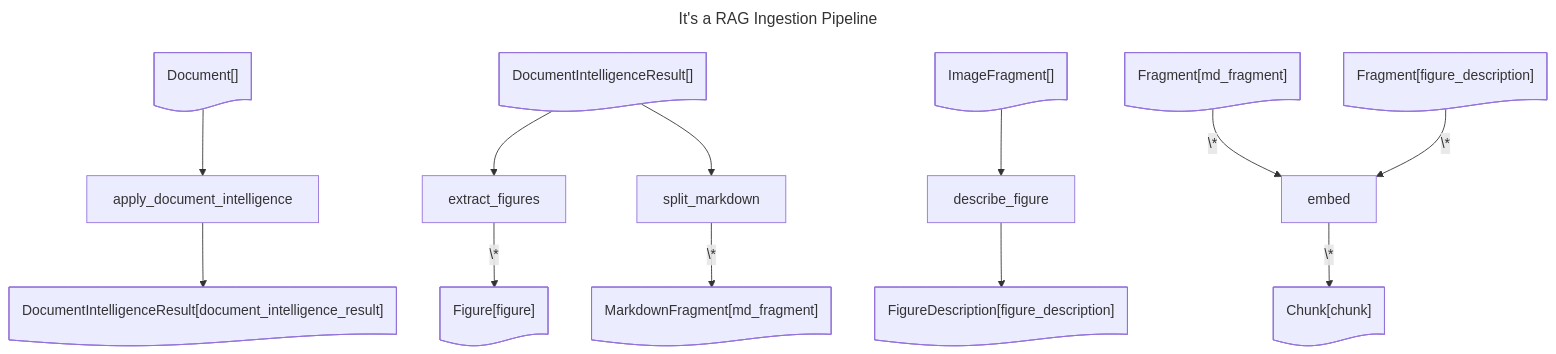
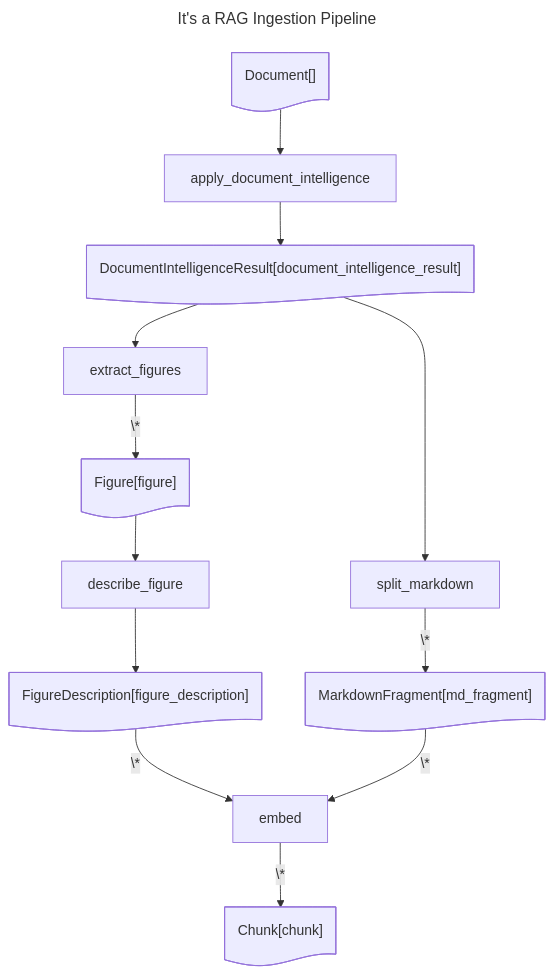
Before and after one commit to Azure-Samples/az-ai-catalyst: the diagram in examples/itsarag.md, drawn with Mermaid. The commit also changed 10 other files, not shown here.

Commit message:
Refactored mermaid diagram generation

````diff
--- a/examples/itsarag.md
+++ b/examples/itsarag.md
@@ -1,32 +1,36 @@
 ```mermaid
 ---
 title: It's a RAG Ingestion Pipeline
 ---
 flowchart TD
-    Document_@{ shape: doc, label: "Document[]" }
+    Document@{ shape: doc, label: "Document[]" }
+
+    apply_document_intelligence@{ shape: rect, label: "apply_document_intelligence" }
+    extract_figures@{ shape: rect, label: "extract_figures" }
+    describe_figure@{ shape: rect, label: "describe_figure" }
+    split_markdown@{ shape: rect, label: "split_markdown" }
+    embed@{ shape: rect, label: "embed" }
+
     DocumentIntelligenceResult_document_intelligence_result@{ shape: doc, label: "DocumentIntelligenceResult[document_intelligence_result]" }
-    apply_document_intelligence@{ shape: rect, label: "apply_document_intelligence" }
-    DocumentIntelligenceResult_@{ shape: doc, label: "DocumentIntelligenceResult[]" }
     Figure_figure@{ shape: doc, label: "Figure[figure]" }
-    extract_figures@{ shape: rect, label: "extract_figures" }
-    ImageFragment_@{ shape: doc, label: "ImageFragment[]" }
     FigureDescription_figure_description@{ shape: doc, label: "FigureDescription[figure_description]" }
-    describe_figure@{ shape: rect, label: "describe_figure" }
     MarkdownFragment_md_fragment@{ shape: doc, label: "MarkdownFragment[md_fragment]" }
-    split_markdown@{ shape: rect, label: "split_markdown" }
-    Fragment_md_fragment@{ shape: doc, label: "Fragment[md_fragment]" }
-    Fragment_figure_description@{ shape: doc, label: "Fragment[figure_description]" }
     Chunk_chunk@{ shape: doc, label: "Chunk[chunk]" }
-    embed@{ shape: rect, label: "embed" }
-    Document_ --> apply_document_intelligence
+
+    Document --> apply_document_intelligence
     apply_document_intelligence --> DocumentIntelligenceResult_document_intelligence_result
-    DocumentIntelligenceResult_ --> extract_figures
+
+    DocumentIntelligenceResult_document_intelligence_result --> extract_figures
     extract_figures -- \* --> Figure_figure
-    ImageFragment_ --> describe_figure
+
+    Figure_figure --> describe_figure
     describe_figure --> FigureDescription_figure_description
-    DocumentIntelligenceResult_ --> split_markdown
+
+    DocumentIntelligenceResult_document_intelligence_result --> split_markdown
     split_markdown -- \* --> MarkdownFragment_md_fragment
-    Fragment_md_fragment -- \* --> embed
-    Fragment_figure_description -- \* --> embed
+
+    FigureDescription_figure_description -- \* --> embed
+    MarkdownFragment_md_fragment -- \* --> embed
     embed -- \* --> Chunk_chunk
+
 ```
````
